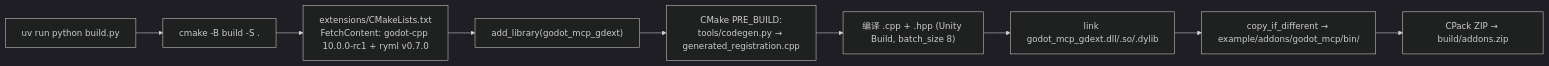
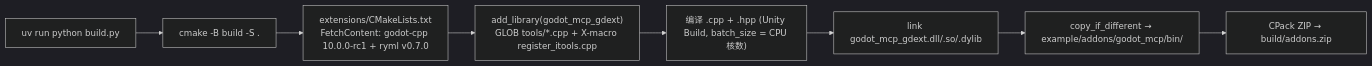
The second of 2 diagrams in .repo_wiki/specification/project-structure.md (jesspig/GodotMCP-GDExtension), drawn with Mermaid (dark theme) before and after one commit. The commit also changed other lines of this file and 33 other files, not shown here.

````diff
--- a/.repo_wiki/specification/project-structure.md
+++ b/.repo_wiki/specification/project-structure.md
@@ -79,11 +73,10 @@
 ```mermaid
 flowchart LR
     A["uv run python build.py"] --> B["cmake -B build -S ."]
     B --> C["extensions/CMakeLists.txt<br/>FetchContent: godot-cpp 10.0.0-rc1 + ryml v0.7.0"]
-    C --> D["add_library(godot_mcp_gdext)"]
-    D --> E["CMake PRE_BUILD:<br/>tools/codegen.py → generated_registration.cpp"]
-    E --> F["编译 .cpp + .hpp (Unity Build, batch_size 8)"]
-    F --> G["link godot_mcp_gdext.dll/.so/.dylib"]
-    G --> H["copy_if_different → example/addons/godot_mcp/bin/"]
-    H --> I["CPack ZIP → build/addons.zip"]
+    C --> D["add_library(godot_mcp_gdext)<br/>GLOB tools/*.cpp + X-macro register_itools.cpp"]
+    D --> E["编译 .cpp + .hpp (Unity Build, batch_size = CPU 核数)"]
+    E --> F["link godot_mcp_gdext.dll/.so/.dylib"]
+    F --> G["copy_if_different → example/addons/godot_mcp/bin/"]
+    G --> H["CPack ZIP → build/addons.zip"]
 ```
````
